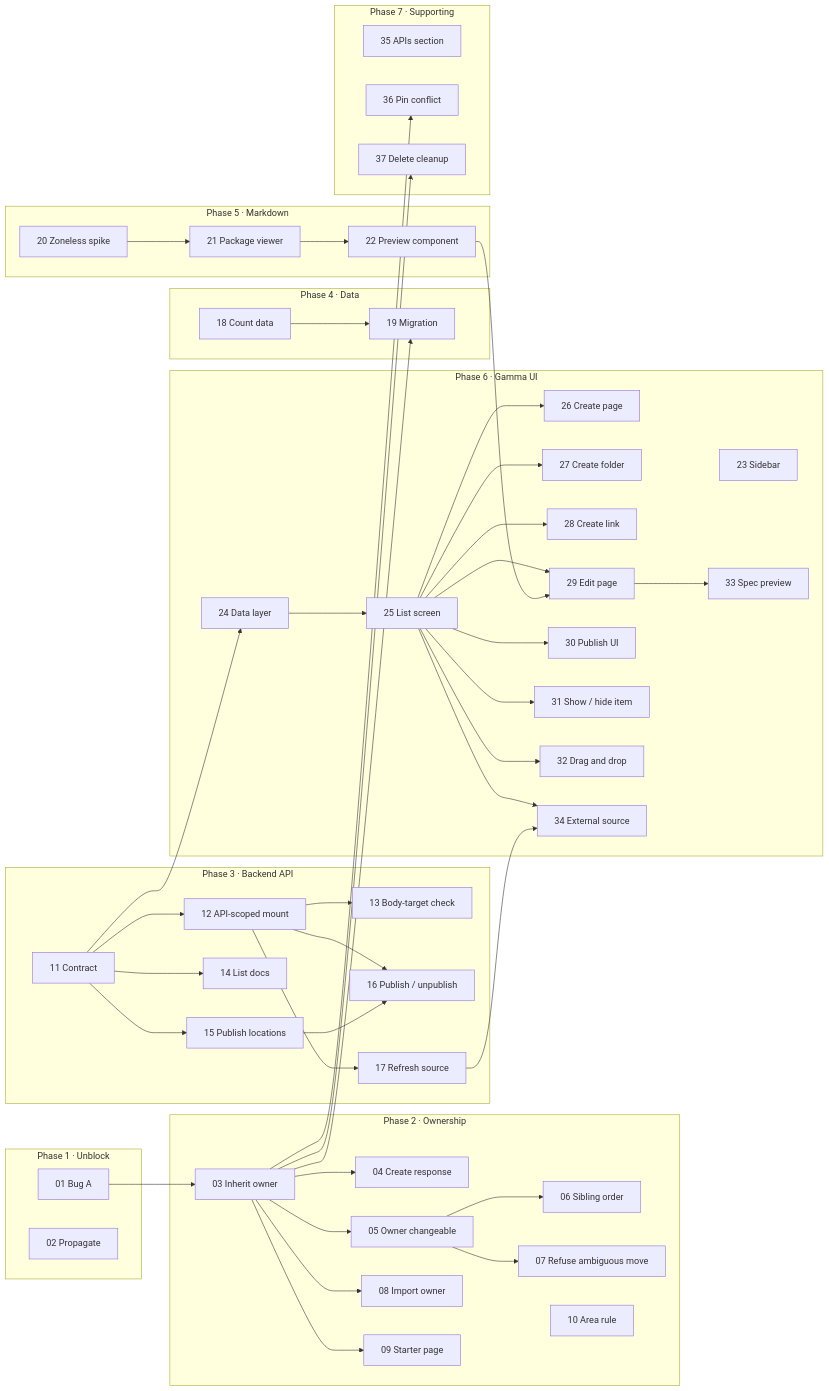
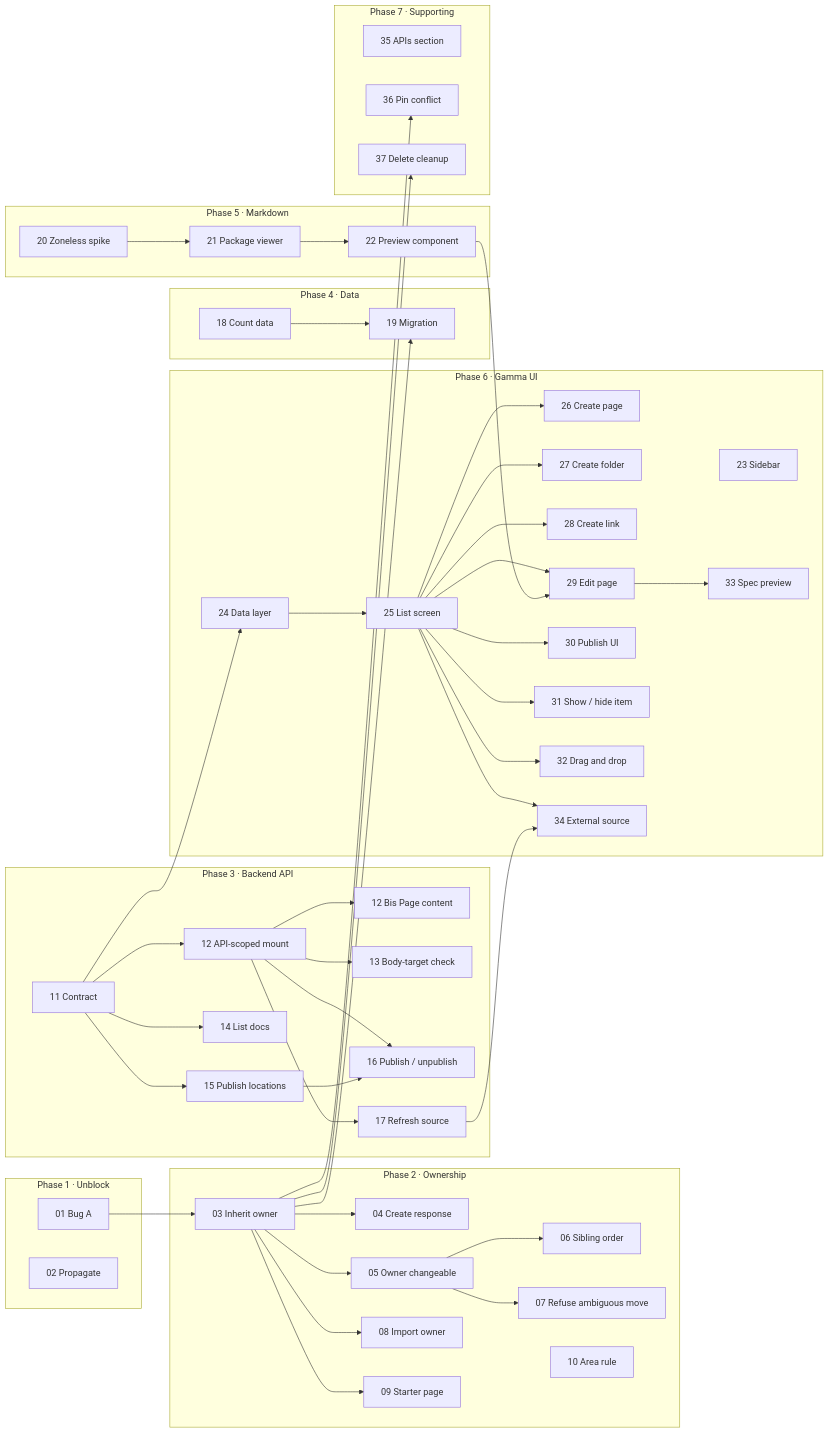
Before and after one commit to gravitee-io/gravitee-api-management: the third of 3 diagrams in plans/PLAN.md, drawn with Mermaid. The commit also changed other lines of this file, not shown here.

Commit message:
chore: add story 12 bis, misc update story descriptions.

```diff
--- a/plans/PLAN.md
+++ b/plans/PLAN.md
@@ -1138,6 +1159,7 @@
     subgraph P3 ["Phase 3 · Backend API"]
         S11["11 Contract"]
         S12["12 API-scoped mount"]
+        S12B["12 Bis Page content"]
         S13["13 Body-target check"]
         S14["14 List docs"]
         S15["15 Publish locations"]
@@ -1189,6 +1211,7 @@
     S11 --> S15
     S11 --> S24
     S12 --> S13
+    S12 --> S12B
     S12 --> S16
     S15 --> S16
     S12 --> S17
```
